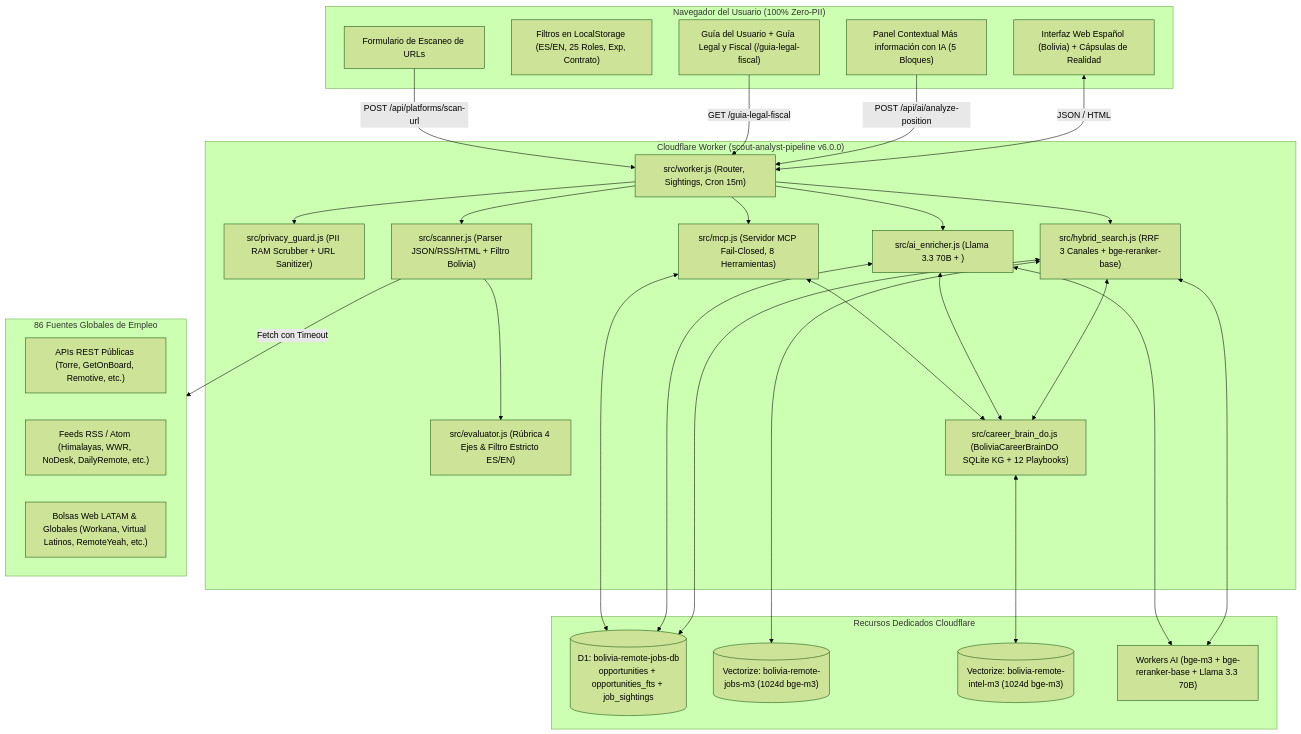
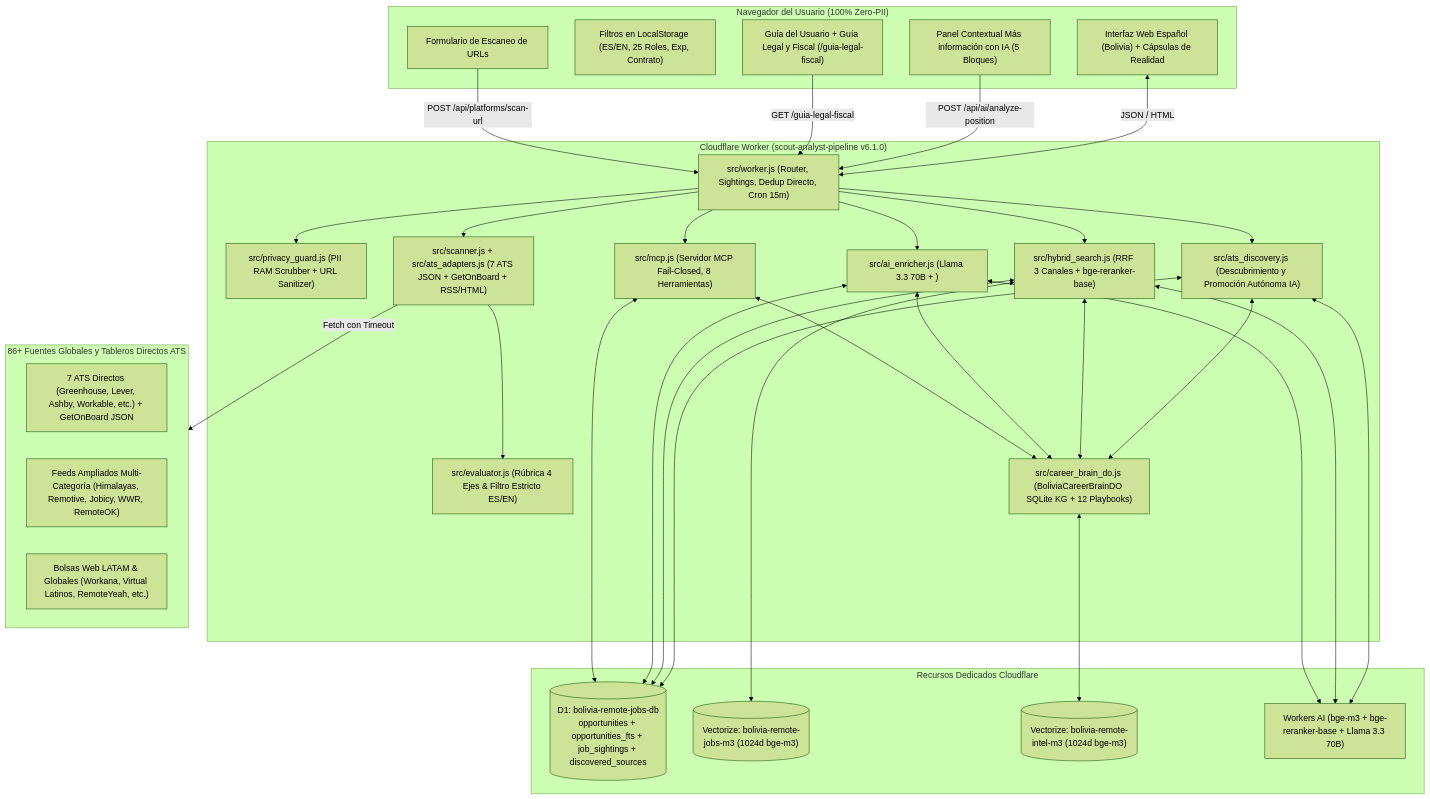
One commit to t0m-a/boliviaremote-work-website changed the diagram in README.md. Above: the diagram before and after it, drawn with Mermaid (forest theme). The commit also changed other lines of this file and 13 other files, not shown here.

Commit message:
feat(v6.1.0): autonomous direct ATS source discovery with AI-managed background promotion

````diff
--- a/README.md
+++ b/README.md
@@ -201,56 +202,61 @@
 ```mermaid
 flowchart TD
     subgraph Cliente ["Navegador del Usuario (100% Zero-PII)"]
         UI["Interfaz Web Español (Bolivia) + Cápsulas de Realidad"]
         Filters["Filtros en LocalStorage (ES/EN, 25 Roles, Exp, Contrato)"]
         AiPanel["Panel Contextual Más información con IA (5 Bloques)"]
         LegalGuide["Guía del Usuario + Guía Legal y Fiscal (/guia-legal-fiscal)"]
         URLScan["Formulario de Escaneo de URLs"]
     end
 
-    subgraph CFWorker ["Cloudflare Worker (scout-analyst-pipeline v6.0.0)"]
-        WorkerEntry["src/worker.js (Router, Sightings, Cron 15m)"]
+    subgraph CFWorker ["Cloudflare Worker (scout-analyst-pipeline v6.1.0)"]
+        WorkerEntry["src/worker.js (Router, Sightings, Dedup Directo, Cron 15m)"]
         PrivacyGuard["src/privacy_guard.js (PII RAM Scrubber + URL Sanitizer)"]
-        ScannerEng["src/scanner.js (Parser JSON/RSS/HTML + Filtro Bolivia)"]
+        ScannerEng["src/scanner.js + src/ats_adapters.js (7 ATS JSON + GetOnBoard + RSS/HTML)"]
+        AtsDiscovery["src/ats_discovery.js (Descubrimiento y Promoción Autónoma IA)"]
         EvaluatorEng["src/evaluator.js (Rúbrica 4 Ejes & Filtro Estricto ES/EN)"]
         HybridSearch["src/hybrid_search.js (RRF 3 Canales + bge-reranker-base)"]
         AiEnricher["src/ai_enricher.js (Llama 3.3 70B + <bolivia_context>)"]
         CareerBrain["src/career_brain_do.js (BoliviaCareerBrainDO SQLite KG + 12 Playbooks)"]
         McpServer["src/mcp.js (Servidor MCP Fail-Closed, 8 Herramientas)"]
     end
 
     subgraph StorageCF ["Recursos Dedicados Cloudflare"]
-        D1DB[("D1: bolivia-remote-jobs-db<br/>opportunities + opportunities_fts + job_sightings")]
+        D1DB[("D1: bolivia-remote-jobs-db<br/>opportunities + opportunities_fts + job_sightings + discovered_sources")]
         VecJobs[("Vectorize: bolivia-remote-jobs-m3 (1024d bge-m3)")]
         VecIntel[("Vectorize: bolivia-remote-intel-m3 (1024d bge-m3)")]
         WorkersAI["Workers AI (bge-m3 + bge-reranker-base + Llama 3.3 70B)"]
     end
 
-    subgraph Fuentes ["86 Fuentes Globales de Empleo"]
-        APIs["APIs REST Públicas (Torre, GetOnBoard, Remotive, etc.)"]
-        RSS["Feeds RSS / Atom (Himalayas, WWR, NoDesk, DailyRemote, etc.)"]
+    subgraph Fuentes ["86+ Fuentes Globales y Tableros Directos ATS"]
+        APIs["7 ATS Directos (Greenhouse, Lever, Ashby, Workable, etc.) + GetOnBoard JSON"]
+        RSS["Feeds Ampliados Multi-Categoría (Himalayas, Remotive, Jobicy, WWR, RemoteOK)"]
         HTMLPages["Bolsas Web LATAM & Globales (Workana, Virtual Latinos, RemoteYeah, etc.)"]
     end
 
     UI <-->|JSON / HTML| WorkerEntry
     AiPanel -->|POST /api/ai/analyze-position| WorkerEntry
     LegalGuide -->|GET /guia-legal-fiscal| WorkerEntry
     URLScan -->|POST /api/platforms/scan-url| WorkerEntry
     WorkerEntry --> PrivacyGuard
     WorkerEntry --> ScannerEng
+    WorkerEntry --> AtsDiscovery
+    AtsDiscovery <--> CareerBrain
+    AtsDiscovery <--> D1DB
+    AtsDiscovery <--> WorkersAI
     ScannerEng -->|Fetch con Timeout| Fuentes
     ScannerEng --> EvaluatorEng
     WorkerEntry --> HybridSearch
     WorkerEntry --> AiEnricher
     WorkerEntry --> McpServer
     HybridSearch <--> D1DB
     HybridSearch <--> VecJobs
     HybridSearch <--> WorkersAI
     HybridSearch <--> CareerBrain
     AiEnricher <--> CareerBrain
     AiEnricher <--> D1DB
     AiEnricher <--> WorkersAI
     CareerBrain <--> VecIntel
     McpServer <--> CareerBrain
     McpServer <--> D1DB
 ```
````
